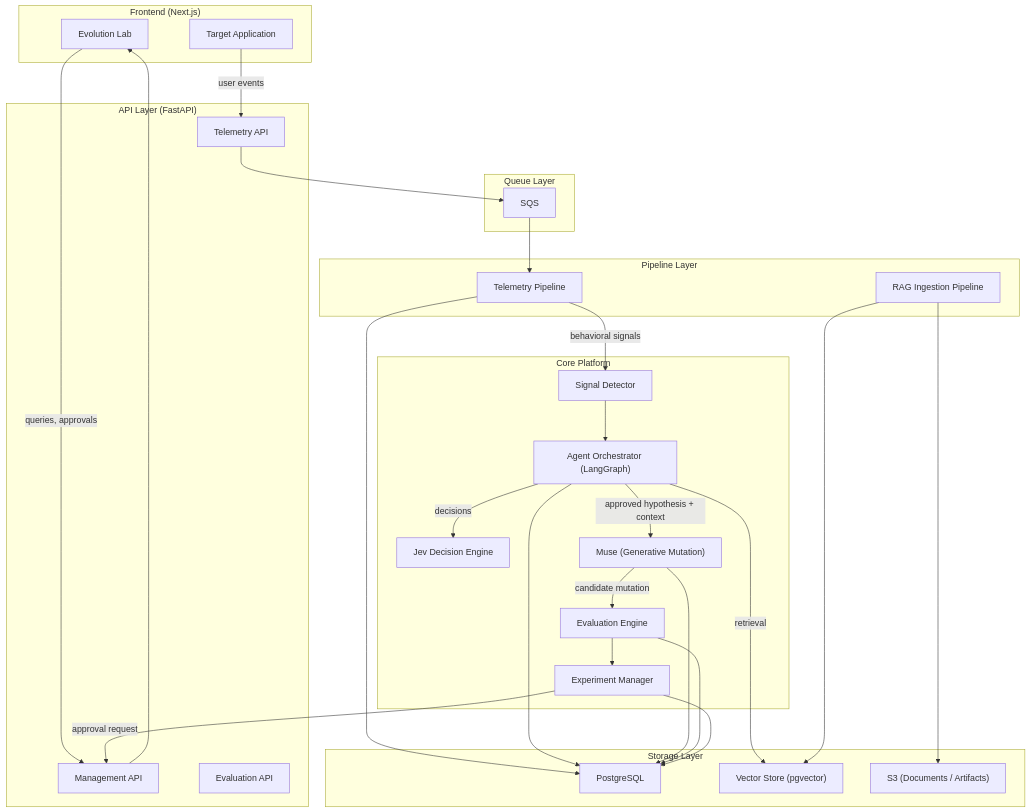
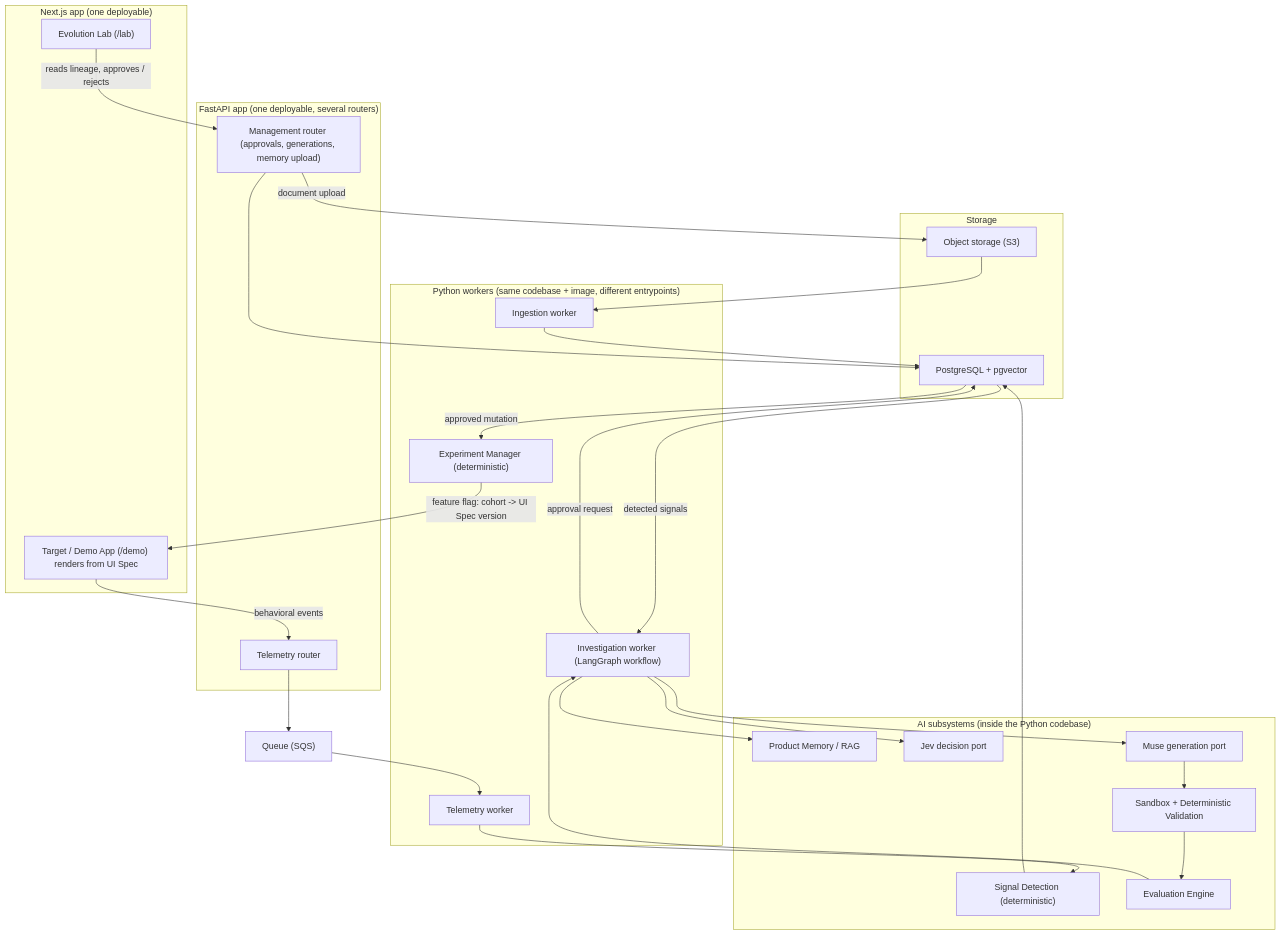
One commit to Sarishc/darwin-ux changed the first of 3 diagrams in docs/ARCHITECTURE.md. Above: the diagram before and after it, drawn with Mermaid. The commit also changed other lines of this file and 12 other files, not shown here.

Commit message:
docs: define DarwinUX system architecture

````diff
--- a/docs/ARCHITECTURE.md
+++ b/docs/ARCHITECTURE.md
@@ -13,58 +13,48 @@
 ```mermaid
 graph TB
-    subgraph Frontend["Frontend (Next.js)"]
-        EL["Evolution Lab"]
-        TA["Target Application"]
+    subgraph Web["Next.js app (one deployable)"]
+        EL["Evolution Lab (/lab)"]
+        TA["Target / Demo App (/demo) renders from UI Spec"]
     end
 
-    subgraph API["API Layer (FastAPI)"]
-        TEL_API["Telemetry API"]
-        MGMT_API["Management API"]
-        EVAL_API["Evaluation API"]
+    subgraph API["FastAPI app (one deployable, several routers)"]
+        TEL_API["Telemetry router"]
+        MGMT_API["Management router (approvals, generations, memory upload)"]
     end
 
-    subgraph Pipelines["Pipeline Layer"]
-        TEL_PIPE["Telemetry Pipeline"]
-        RAG_PIPE["RAG Ingestion Pipeline"]
+    subgraph Workers["Python workers (same codebase + image, different entrypoints)"]
+        TEL_PIPE["Telemetry worker"]
+        RAG_PIPE["Ingestion worker"]
+        INV["Investigation worker (LangGraph workflow)"]
+        EXP["Experiment Manager (deterministic)"]
     end
 
-    subgraph Core["Core Platform"]
-        SIGNAL["Signal Detector"]
-        AGENTS["Agent Orchestrator (LangGraph)"]
-        JEV["Jev Decision Engine"]
-        MUSE["Muse (Generative Mutation)"]
+    subgraph AI["AI subsystems (inside the Python codebase)"]
+        SIGNAL["Signal Detection (deterministic)"]
+        RAG["Product Memory / RAG"]
+        JEV["Jev decision port"]
+        MUSE["Muse generation port"]
         EVAL["Evaluation Engine"]
-        EXP["Experiment Manager"]
+        SANDBOX["Sandbox + Deterministic Validation"]
     end
 
-    subgraph Storage["Storage Layer"]
-        PG["PostgreSQL"]
-        VS["Vector Store (pgvector)"]
-        S3["S3 (Documents / Artifacts)"]
+    subgraph Storage["Storage"]
+        PG["PostgreSQL + pgvector"]
+        S3["Object storage (S3)"]
     end
 
-    subgraph Queue["Queue Layer"]
-        SQS["SQS"]
-    end
+    Q["Queue (SQS)"]
 
-    TA -->|user events| TEL_API
-    EL -->|queries, approvals| MGMT_API
-    TEL_API --> SQS
-    SQS --> TEL_PIPE
-    TEL_PIPE --> PG
-    TEL_PIPE -->|behavioral signals| SIGNAL
-    SIGNAL --> AGENTS
-    AGENTS -->|retrieval| VS
-    AGENTS -->|decisions| JEV
-    AGENTS -->|approved hypothesis + context| MUSE
-    MUSE -->|candidate mutation| EVAL
-    EVAL --> EXP
-    EXP -->|approval request| MGMT_API
-    MGMT_API --> EL
-    RAG_PIPE --> VS
-    RAG_PIPE --> S3
-    AGENTS --> PG
-    MUSE --> PG
-    EVAL --> PG
-    EXP --> PG
+    TA -->|behavioral events| TEL_API --> Q --> TEL_PIPE
+    TEL_PIPE --> SIGNAL --> PG
+    PG -->|detected signals| INV
+    INV --> RAG
+    INV --> JEV
+    INV --> MUSE --> SANDBOX --> EVAL
+    EVAL --> INV
+    INV -->|approval request| PG
+    EL -->|reads lineage, approves / rejects| MGMT_API --> PG
+    PG -->|approved mutation| EXP
+    EXP -->|feature flag: cohort -> UI Spec version| TA
+    MGMT_API -->|document upload| S3 --> RAG_PIPE --> PG
 ```
````
